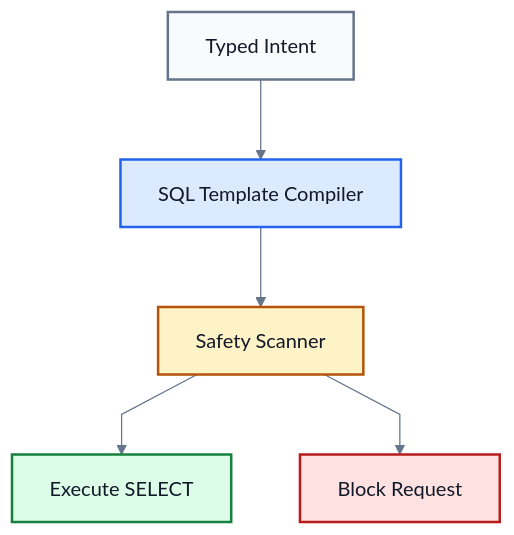
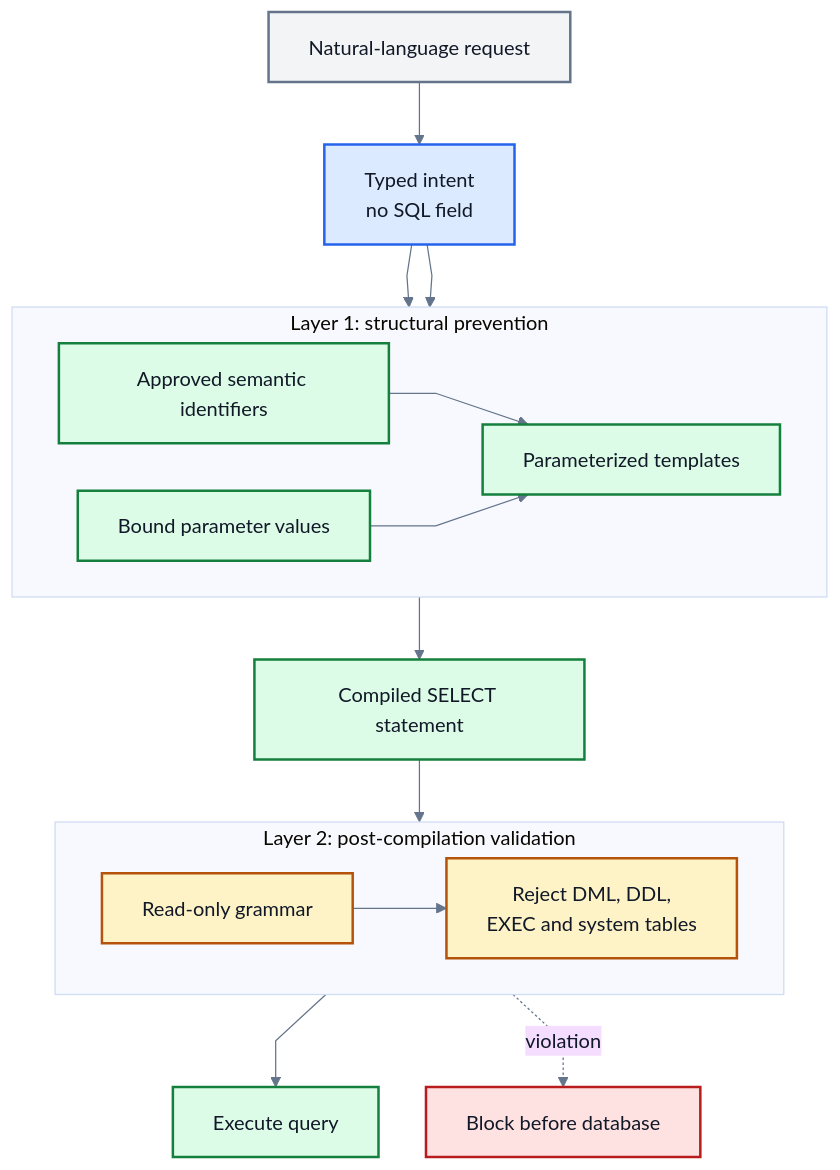
The diagram in docs/scripts/thesis_book_generator/figures/source/figure-07-sql-safety-defense.mmd (md-riaz/AEGIS-Research), drawn with Mermaid before and after one commit. The commit also changed 21 other files, not shown here.

```diff
--- a/docs/scripts/thesis_book_generator/figures/source/figure-07-sql-safety-defense.mmd
+++ b/docs/scripts/thesis_book_generator/figures/source/figure-07-sql-safety-defense.mmd
@@ -1,24 +1,46 @@
 %% AEGIS thesis Figure 7 source
-%%{init: {"theme": "base", "themeCSS": ".nodeLabel, .edgeLabel, .cluster-label { font-family: Arial, sans-serif !important; }", "themeVariables": {"fontFamily": "Arial, sans-serif", "primaryTextColor": "#111827", "lineColor": "#64748b"}, "flowchart": {"nodeSpacing": 55, "rankSpacing": 64, "curve": "linear"}}}%%
+%%{init: {"theme": "base", "themeCSS": ".nodeLabel, .edgeLabel, .cluster-label { font-family: Arial, sans-serif !important; } .nodeLabel { font-size: 16px; } .edgeLabel { font-size: 14px; } .cluster-label { font-weight: 700; }", "themeVariables": {"fontFamily": "Arial, sans-serif", "primaryTextColor": "#111827", "lineColor": "#64748b"}, "flowchart": {"nodeSpacing": 38, "rankSpacing": 50, "curve": "linear", "padding": 16}}}%%
 flowchart TB
-    INPUT["Typed Intent"]
-    L1["SQL Template Compiler"]
-    L2["Safety Scanner"]
-    OK["Execute SELECT"]
-    ERR["Block Request"]
+    NL["Natural-language request"]
+    INT["Typed intent<br/>no SQL field"]
 
-    INPUT --> L1 --> L2
-    L2 --> OK
-    L2 --> ERR
+    subgraph L1["Layer 1: structural prevention"]
+      direction LR
+      SEM["Approved semantic identifiers"]
+      TEMP["Parameterized templates"]
+      PARAM["Bound parameter values"]
+      SEM --> TEMP
+      PARAM --> TEMP
+    end
 
-    classDef input fill:#f8fafc,stroke:#64748b,color:#111827,stroke-width:2px;
-    classDef layer1 fill:#dbeafe,stroke:#2563eb,color:#111827,stroke-width:2px;
+    SQL["Compiled SELECT statement"]
+
+    subgraph L2["Layer 2: post-compilation validation"]
+      direction LR
+      READ["Read-only grammar"]
+      FORBID["Reject DML, DDL,<br/>EXEC and system tables"]
+      READ --> FORBID
+    end
+
+    OK["Execute query"]
+    BLOCK["Block before database"]
+
+    NL --> INT --> SEM
+    INT --> PARAM
+    TEMP --> SQL --> READ
+    FORBID --> OK
+    FORBID -. violation .-> BLOCK
+
+    classDef input fill:#f3f4f6,stroke:#64748b,color:#111827,stroke-width:2px;
+    classDef intent fill:#dbeafe,stroke:#2563eb,color:#111827,stroke-width:2px;
+    classDef layer1 fill:#dcfce7,stroke:#15803d,color:#111827,stroke-width:2px;
     classDef layer2 fill:#fef3c7,stroke:#b45309,color:#111827,stroke-width:2px;
     classDef ok fill:#dcfce7,stroke:#15803d,color:#111827,stroke-width:2px;
     classDef err fill:#fee2e2,stroke:#b91c1c,color:#111827,stroke-width:2px;
 
-    class INPUT input;
-    class L1 layer1;
-    class L2 layer2;
+    class NL input;
+    class INT intent;
+    class SEM,TEMP,PARAM,SQL layer1;
+    class READ,FORBID layer2;
     class OK ok;
-    class ERR err;
+    class BLOCK err;
```
